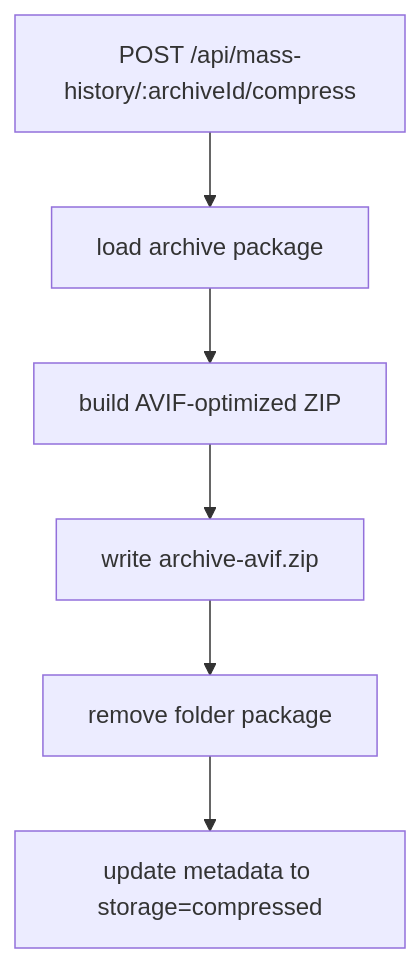
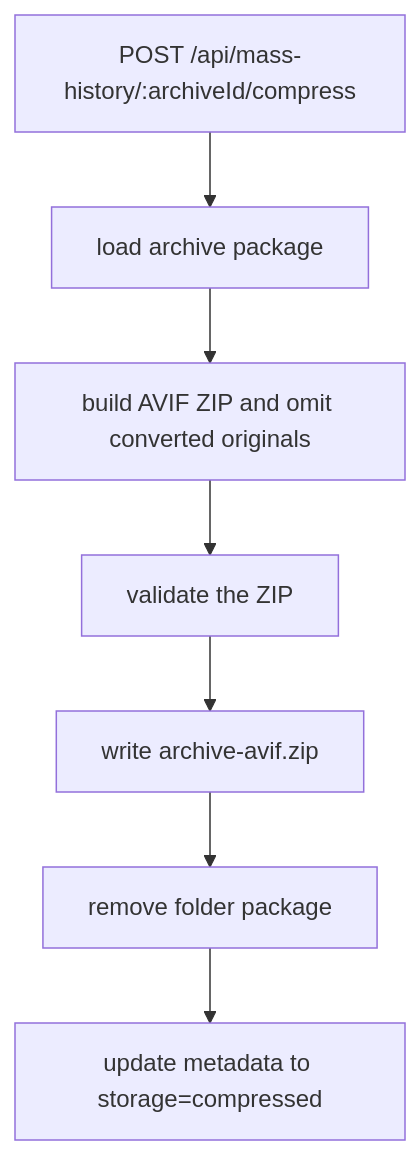
Before and after one commit to Saint-Therese-Of-Lisieux-Parish/sacra_lux: diagram 13 of 15 in docs/workflows.md, drawn with Mermaid. The commit also changed other lines of this file and 1 other file, not shown here.

Commit message:
docs(workflows): validate a compressed archive before replacing it
Compression omits an image original after it becomes AVIF.
The server validates the ZIP before it removes the folder.
A failed check leaves the folder in place.

The compression flow wrote the ZIP and then removed the folder.

Files:
- modified: docs/workflows.md
- modified: docs/user-guide.md

Verified against: sacra-lux/src/server.js:711 (convertedAssetFiles), sacra-lux/src/server.js:3460 (compress)

Refs #523

````diff
--- a/docs/workflows.md
+++ b/docs/workflows.md
@@ -236,8 +236,9 @@
 ```mermaid
 flowchart TD
     A["POST /api/mass-history/:archiveId/compress"] --> B["load archive package"]
-    B --> C["build AVIF-optimized ZIP"]
-    C --> D["write archive-avif.zip"]
-    D --> E["remove folder package"]
-    E --> F["update metadata to storage=compressed"]
+    B --> C["build AVIF ZIP and omit converted originals"]
+    C --> D["validate the ZIP"]
+    D --> E["write archive-avif.zip"]
+    E --> F["remove folder package"]
+    F --> G["update metadata to storage=compressed"]
 ```
````
